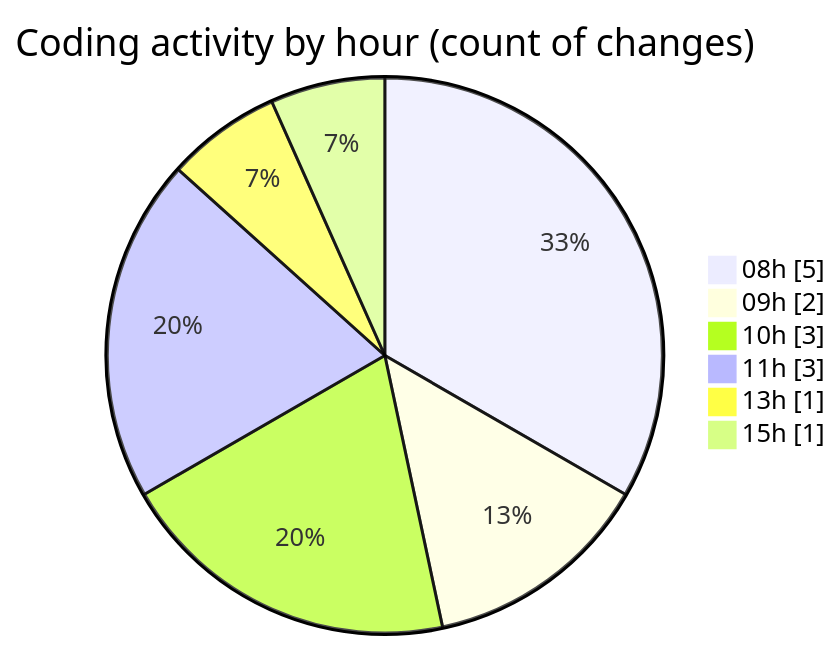
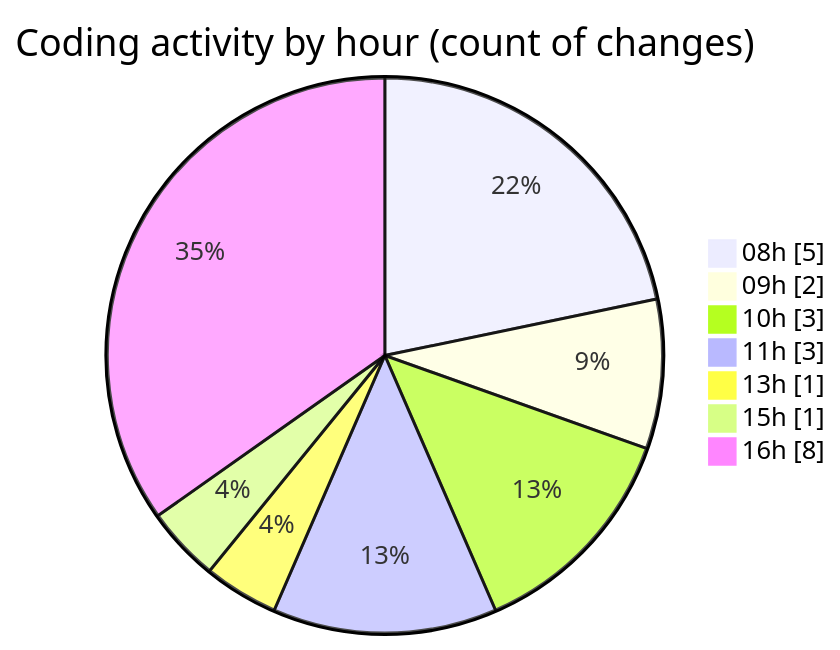
One commit to julien-gomy/code-tracking changed the second of 2 diagrams in 2025-10-27/eventscop-frontend-guide__workspace_/README.md. Above: the diagram before and after it, drawn with Mermaid. The commit also changed other lines of this file and 1 other file, not shown here.

````diff
--- a/2025-10-27/eventscop-frontend-guide__workspace_/README.md
+++ b/2025-10-27/eventscop-frontend-guide__workspace_/README.md
@@ -35,10 +36,11 @@
 ```mermaid
 pie showData
 title Coding activity by hour (count of changes)
 "08h" : 5
 "09h" : 2
 "10h" : 3
 "11h" : 3
 "13h" : 1
 "15h" : 1
+"16h" : 8
 ```
````
